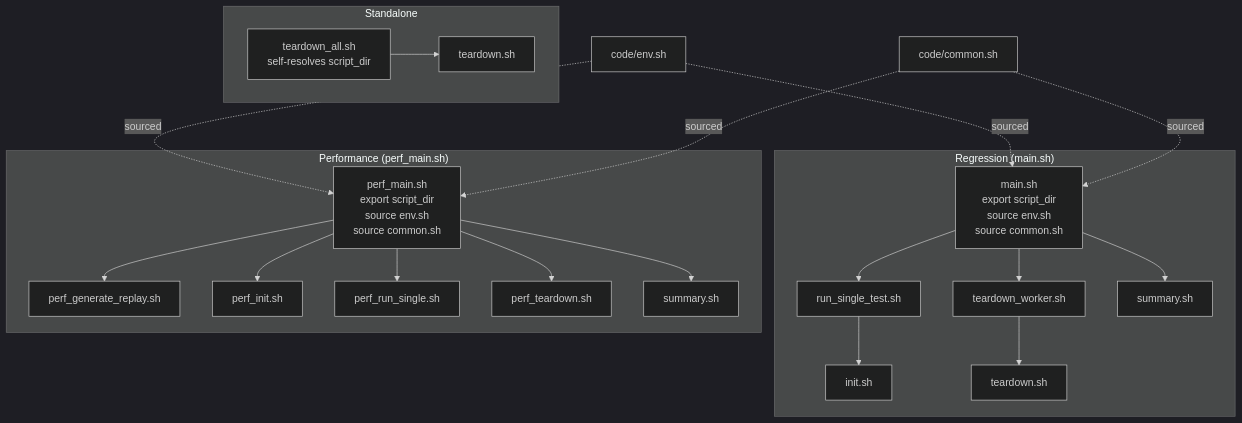
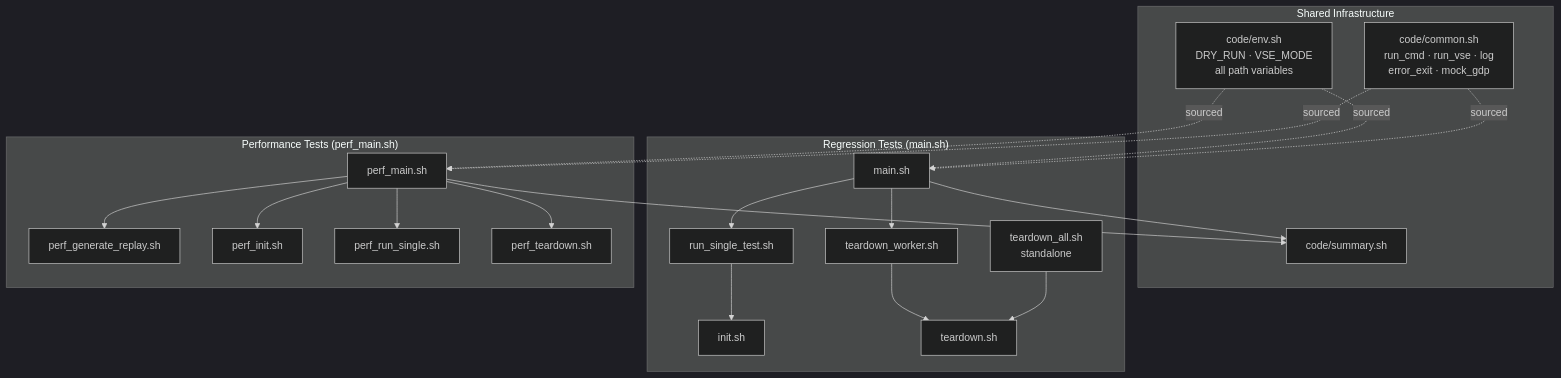
Before and after one commit to hyungreal2/regression_test_framework: the diagram in IMPROVEMENTS.md, drawn with Mermaid (dark theme). The commit also changed other lines of this file and 5 other files, not shown here.

First line of the commit message:
Split IMPROVEMENTS into main/perf separate docs + combined summary

````diff
--- a/IMPROVEMENTS.md
+++ b/IMPROVEMENTS.md
@@ -59,30 +35,41 @@
 ```mermaid
 graph TD
-    subgraph Regression ["Regression  (main.sh)"]
-        MS[main.sh<br/>export script_dir<br/>source env.sh<br/>source common.sh]
-        MS --> RST[run_single_test.sh]
-        MS --> TW[teardown_worker.sh]
-        MS --> SUM1[summary.sh]
-        RST --> INIT[init.sh]
-        TW --> TD[teardown.sh]
+    subgraph shared ["Shared Infrastructure"]
+        ENV[code/env.sh<br/>DRY_RUN · VSE_MODE<br/>all path variables]
+        CMN[code/common.sh<br/>run_cmd · run_vse · log<br/>error_exit · mock_gdp]
+        SUM[code/summary.sh]
     end
 
-    subgraph Perf ["Performance  (perf_main.sh)"]
-        PM[perf_main.sh<br/>export script_dir<br/>source env.sh<br/>source common.sh]
-        PM --> PGR[perf_generate_replay.sh]
-        PM --> PI[perf_init.sh]
-        PM --> PRS[perf_run_single.sh]
-        PM --> PT[perf_teardown.sh]
-        PM --> SUM2[summary.sh]
+    subgraph regression ["Regression Tests  (main.sh)"]
+        MS[main.sh]
+        RST[run_single_test.sh]
+        INIT[init.sh]
+        TW[teardown_worker.sh]
+        TD[teardown.sh]
+        TA[teardown_all.sh\nstandalone]
+
+        MS --> RST --> INIT
+        MS --> TW --> TD
+        MS --> SUM
+        TA --> TD
     end
 
-    subgraph Standalone ["Standalone"]
-        TA[teardown_all.sh<br/>self-resolves script_dir]
-        TA --> TD2[teardown.sh]
+    subgraph perf ["Performance Tests  (perf_main.sh)"]
+        PM[perf_main.sh]
+        PGR[perf_generate_replay.sh]
+        PI[perf_init.sh]
+        PRS[perf_run_single.sh]
+        PT[perf_teardown.sh]
+
+        PM --> PGR
+        PM --> PI
+        PM --> PRS
+        PM --> PT
+        PM --> SUM
     end
 
-    ENV[code/env.sh] -.->|sourced| MS
+    ENV -.->|sourced| MS
     ENV -.->|sourced| PM
-    CMN[code/common.sh] -.->|sourced| MS
+    CMN -.->|sourced| MS
     CMN -.->|sourced| PM
 ```
````
